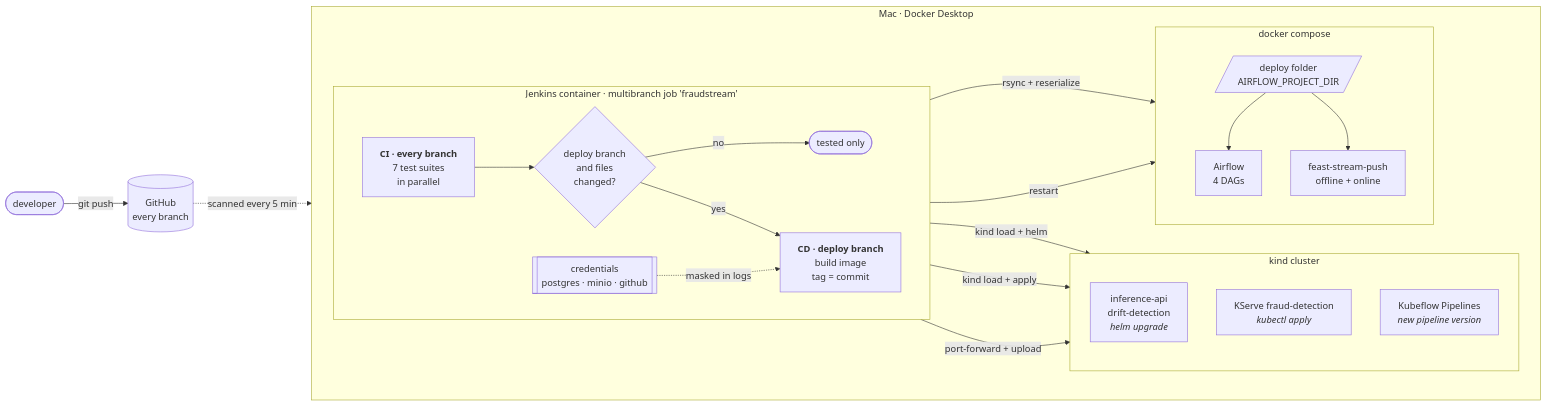
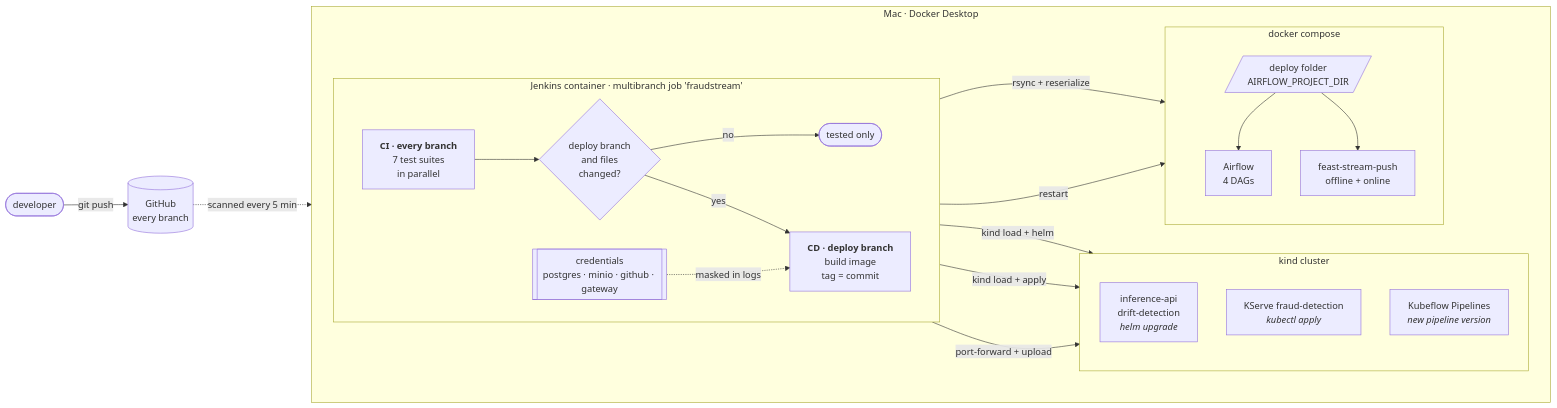
Before and after one commit to hiendat04/fraudstream: the diagram in docs/23_ci_cd.md, drawn with Mermaid. The commit also changed other lines of this file and 11 other files, not shown here.

````diff
--- a/docs/23_ci_cd.md
+++ b/docs/23_ci_cd.md
@@ -9,44 +9,44 @@
 ```mermaid
 flowchart LR
     DEV(["developer"]) -- "git push" --> GH[("GitHub<br/>every branch")]
     GH -. "scanned every 5 min" .-> CI
 
     subgraph HOST["Mac · Docker Desktop"]
         direction LR
 
         subgraph JENKINS["Jenkins container · multibranch job 'fraudstream'"]
             direction LR
             CI["<b>CI · every branch</b><br/>7 test suites<br/>in parallel"]
             GATE{"deploy branch<br/>and files<br/>changed?"}
             STOP(["tested only"])
             CD["<b>CD · deploy branch</b><br/>build image<br/>tag = commit"]
-            CRED[["credentials<br/>postgres · minio · github"]]
+            CRED[["credentials<br/>postgres · minio · github · gateway"]]
             CI --> GATE
             GATE -- no --> STOP
             GATE -- yes --> CD
             CRED -. "masked in logs" .-> CD
         end
 
         subgraph KIND["kind cluster"]
             direction TB
             APIS["inference-api<br/>drift-detection<br/><i>helm upgrade</i>"]
             MODEL["KServe fraud-detection<br/><i>kubectl apply</i>"]
             KFP["Kubeflow Pipelines<br/><i>new pipeline version</i>"]
         end
 
         subgraph COMPOSE["docker compose"]
             direction TB
             TREE[/"deploy folder<br/>AIRFLOW_PROJECT_DIR"/]
             AF["Airflow<br/>4 DAGs"]
             SP["feast-stream-push<br/>offline + online"]
             TREE --> AF
             TREE --> SP
         end
     end
 
     CD -- "kind load + helm" --> APIS
     CD -- "kind load + apply" --> MODEL
     CD -- "port-forward + upload" --> KFP
     CD -- "rsync + reserialize" --> TREE
     CD -- "restart" --> SP
 ```
````
